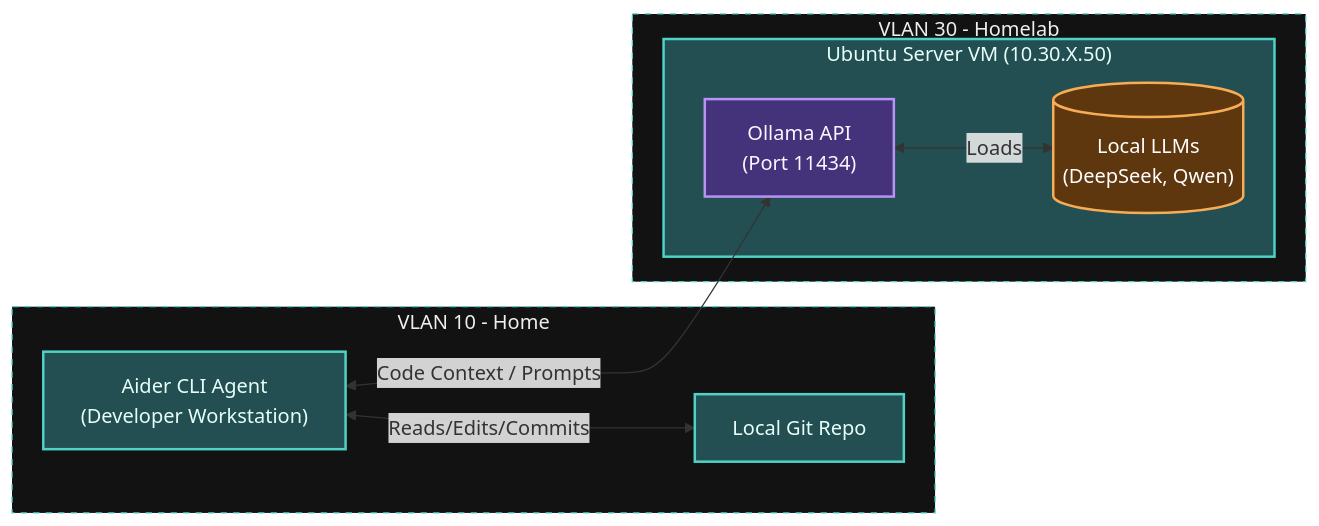
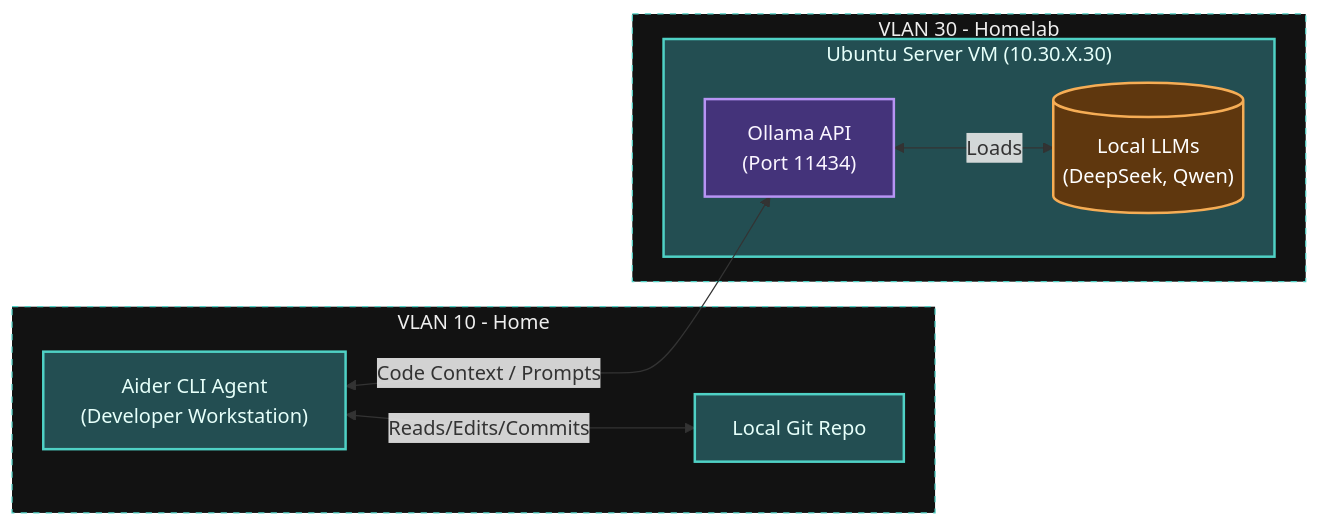
The diagram in docs/projects/Local_AI_Coding_Agent.md (moshthesubnet/my-lab-docs), drawn with Mermaid before and after one commit.

````diff
--- a/docs/projects/Local_AI_Coding_Agent.md
+++ b/docs/projects/Local_AI_Coding_Agent.md
@@ -24,32 +24,32 @@
 ```mermaid
 graph LR
     %% Workstation
     subgraph DevEnv["VLAN 10 - Home"]
         Aider["Aider CLI Agent<br/>(Developer Workstation)"]
         Git["Local Git Repo"]
     end
     
     %% Homelab
     subgraph LabEnv["VLAN 30 - Homelab"]
-        subgraph UbuntuVM["Ubuntu Server VM (10.30.X.50)"]
+        subgraph UbuntuVM["Ubuntu Server VM (10.30.X.30)"]
             Ollama["Ollama API<br/>(Port 11434)"]
             Models[("Local LLMs<br/>(DeepSeek, Qwen)")]
         end
     end
 
     %% Connections
     Aider <-->|Code Context / Prompts| Ollama
     Aider <-->|Reads/Edits/Commits| Git
     Ollama <-->|Loads| Models
 
     %% Styling
     classDef vlan fill:#121212,stroke:#4fd1c5,stroke-dasharray: 5 5,color:#eeeeee
     classDef device fill:#234e52,stroke:#4fd1c5,stroke-width:2px,color:#e6fffa
     classDef service fill:#44337a,stroke:#b794f4,stroke-width:2px,color:#faf5ff
     classDef storage fill:#5f370e,stroke:#f6ad55,stroke-width:2px,color:#ffffff
     
     class DevEnv,LabEnv vlan
     class Aider,Git,UbuntuVM device
     class Ollama service
     class Models storage
 ```
````
